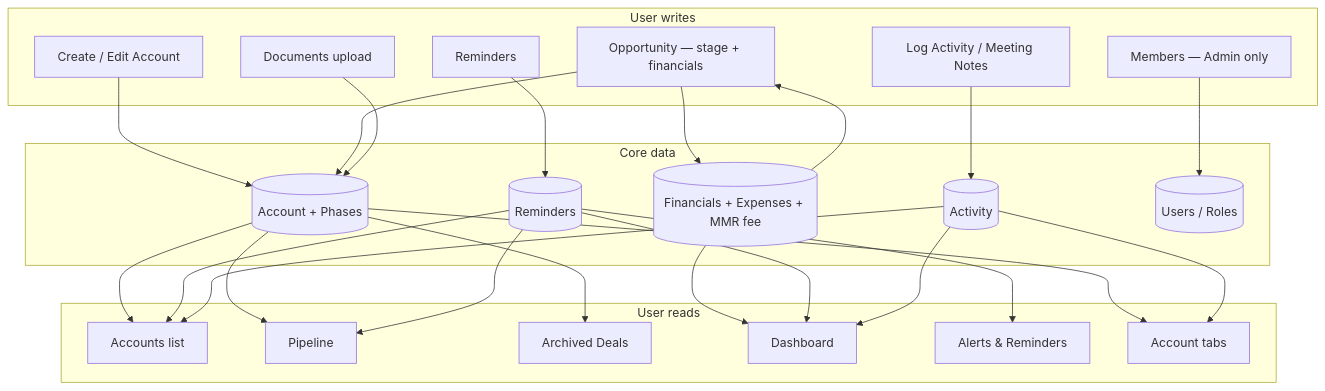
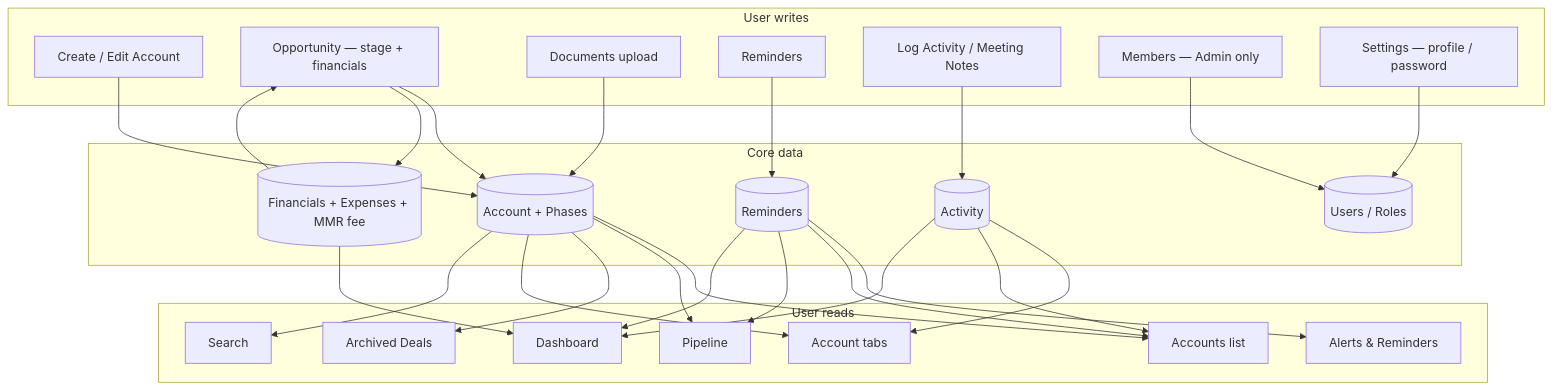
The sixth of 7 diagrams in FLOW.md (maulikrajput/EF), drawn with Mermaid before and after one commit. The commit also changed other lines of this file, not shown here.

First line of the commit message:
Refine terminology and update flow descriptions

````diff
--- a/FLOW.md
+++ b/FLOW.md
@@ -273,50 +327,54 @@
 ```mermaid
 flowchart TB
     subgraph Write["User writes"]
         CA[Create / Edit Account]
         OP[Opportunity — stage + financials]
         DOC[Documents upload]
         REM[Reminders]
         LOG[Log Activity / Meeting Notes]
         MEM[Members — Admin only]
+        SET[Settings — profile / password]
     end
 
     subgraph Core["Core data"]
         ACC[(Account + Phases)]
         FIN[(Financials + Expenses + MMR fee)]
         RM[(Reminders)]
         AT[(Activity)]
         US[(Users / Roles)]
     end
 
     subgraph Read["User reads"]
         LIST[Accounts list]
         PIPE[Pipeline]
         ARCH[Archived Deals]
         DASH[Dashboard]
         ALERTS[Alerts & Reminders]
+        SRCH[Search]
         TABS[Account tabs]
     end
 
     CA --> ACC
     OP --> ACC
     OP --> FIN
     DOC --> ACC
     REM --> RM
     LOG --> AT
     MEM --> US
+    SET --> US
 
     ACC --> LIST
     ACC --> PIPE
     ACC --> ARCH
     ACC --> TABS
+    ACC --> SRCH
     FIN --> OP
     FIN --> DASH
     RM --> ALERTS
     RM --> LIST
     RM --> PIPE
     RM --> DASH
     AT --> TABS
     AT --> LIST
     AT --> DASH
 ```
````
